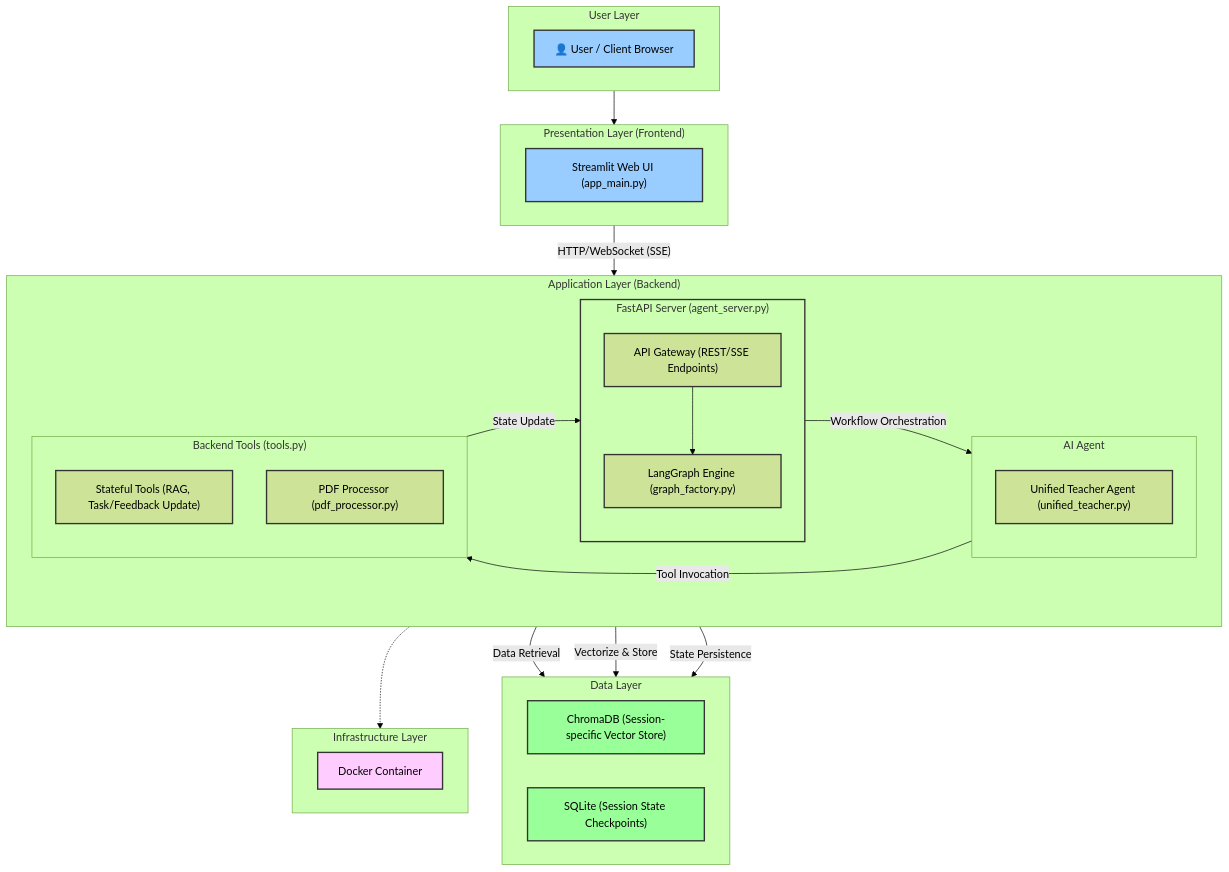
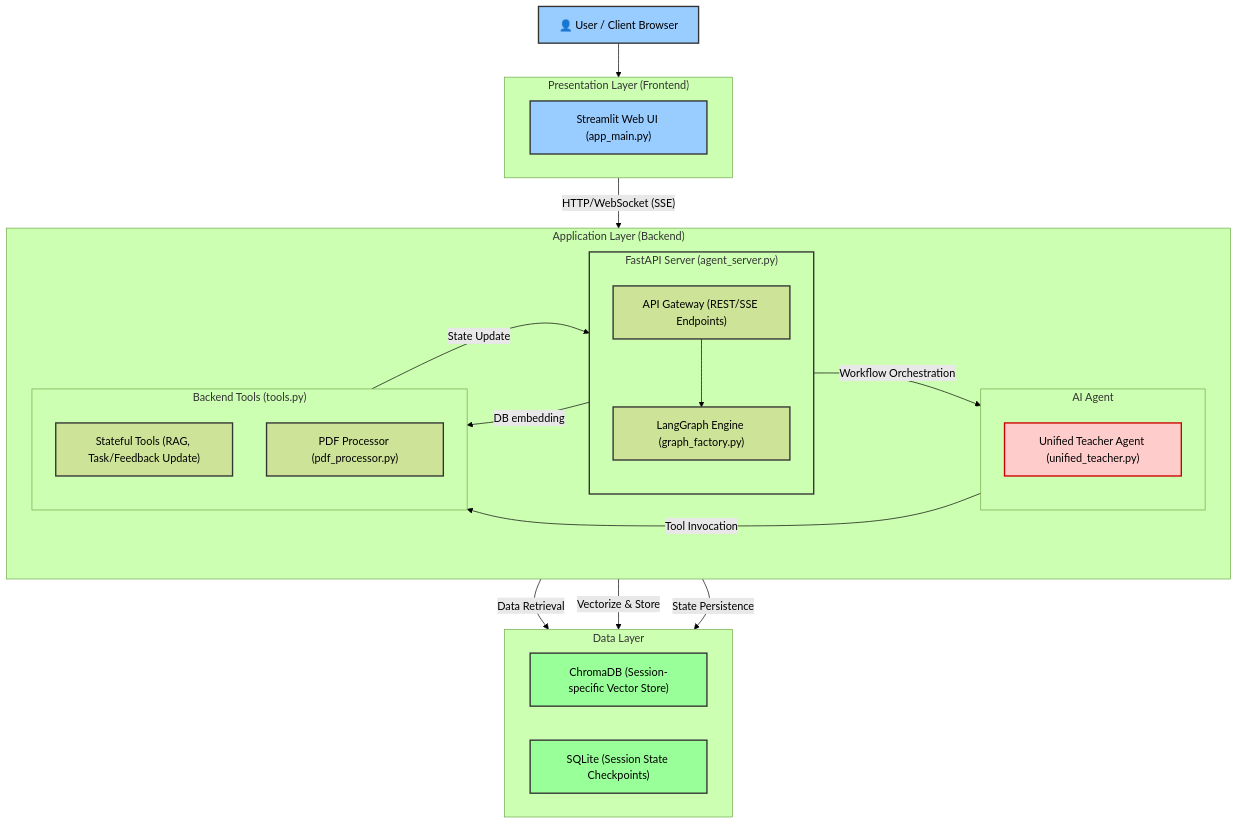
Before and after one commit to wnsgml9807/AIED_11_backend: the first of 7 diagrams in README.md, drawn with Mermaid (forest theme). The commit also changed other lines of this file and 5 other files, not shown here.

````diff
--- a/README.md
+++ b/README.md
@@ -82,77 +82,67 @@
 ```mermaid
 graph TD
-    %% User Layer
-    subgraph USER_LAYER ["User Layer"]
-        direction LR
-        USER[👤 User / Client Browser]
-    end
+    USER[👤 User / Client Browser]
 
     %% Presentation Layer (Frontend)
     subgraph FRONTEND_LAYER ["Presentation Layer (Frontend)"]
         direction LR
         STREAMLIT_UI["Streamlit Web UI (app_main.py)"]
     end
 
     %% Application Layer (Backend)
     subgraph BACKEND_LAYER ["Application Layer (Backend)"]
         direction LR
         subgraph FASTAPI_SERVER ["FastAPI Server (agent_server.py)"]
             direction TB
             API_GW["API Gateway (REST/SSE Endpoints)"]
             LANGGRAPH_ENGINE["LangGraph Engine (graph_factory.py)"]
         end
         
         subgraph AGENTS ["AI Agent"]
             direction TB
             TEACHER_AGENT["Unified Teacher Agent (unified_teacher.py)"]
         end
 
         subgraph BACKEND_TOOLS ["Backend Tools (tools.py)"]
             direction TB
             CUSTOM_TOOLS["Stateful Tools (RAG, Task/Feedback Update)"]
             PDF_PROCESSOR["PDF Processor (pdf_processor.py)"]
         end
     end
 
     %% Data Layer
     subgraph DATA_LAYER ["Data Layer"]
         direction LR
         CHROMA_DB["ChromaDB (Session-specific Vector Store)"]
         SQLITE_DB["SQLite (Session State Checkpoints)"]
     end
 
-    %% Infrastructure Layer
-    subgraph INFRA_LAYER ["Infrastructure Layer"]
-        direction LR
-        DOCKER["Docker Container"]
-    end
-
     %% Connections
     USER --> STREAMLIT_UI
     STREAMLIT_UI -- "HTTP/WebSocket (SSE)" --> API_GW
     
     API_GW --> LANGGRAPH_ENGINE
+    API_GW -- "DB embedding" --> PDF_PROCESSOR
     
     LANGGRAPH_ENGINE -- "Workflow Orchestration" --> TEACHER_AGENT
     TEACHER_AGENT -- "Tool Invocation" --> CUSTOM_TOOLS
     
     CUSTOM_TOOLS -- "Data Retrieval" --> CHROMA_DB
     CUSTOM_TOOLS -- "State Update" --> LANGGRAPH_ENGINE
     
     PDF_PROCESSOR -- "Vectorize & Store" --> CHROMA_DB
     LANGGRAPH_ENGINE -- "State Persistence" --> SQLITE_DB
-    
-    %% Deployment
-    FASTAPI_SERVER -.-> DOCKER
 
     %% Styling
     classDef frontend fill:#9cf,stroke:#333,stroke-width:2px;
     classDef backend fill:#lightgrey,stroke:#333,stroke-width:2px;
     classDef data fill:#9f9,stroke:#333,stroke-width:2px;
     classDef infra fill:#fcf,stroke:#333,stroke-width:2px;
+    classDef red fill:#ffcccc,stroke:#cc0000,stroke-width:2px;
 
     class USER,STREAMLIT_UI frontend;
     class FASTAPI_SERVER,API_GW,LANGGRAPH_ENGINE,TEACHER_AGENT,CUSTOM_TOOLS,PDF_PROCESSOR backend;
     class CHROMA_DB,SQLITE_DB data;
     class DOCKER infra;
+    class TEACHER_AGENT red;
 ```
````
